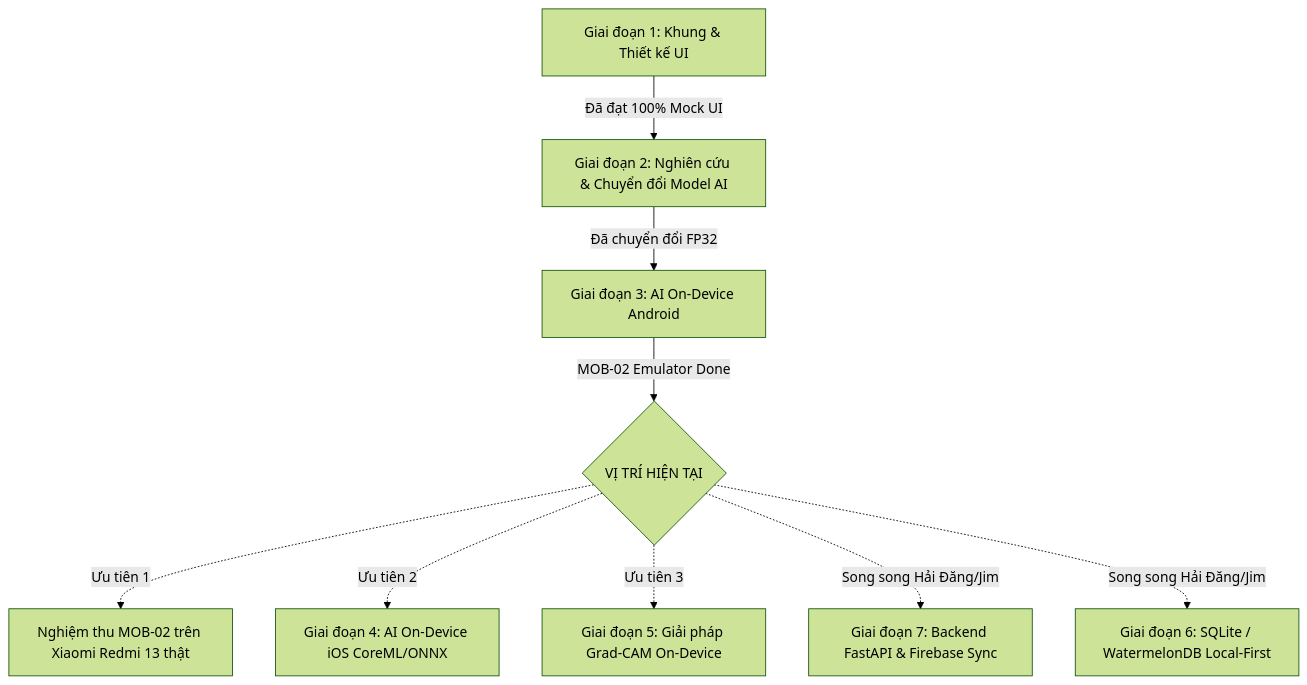
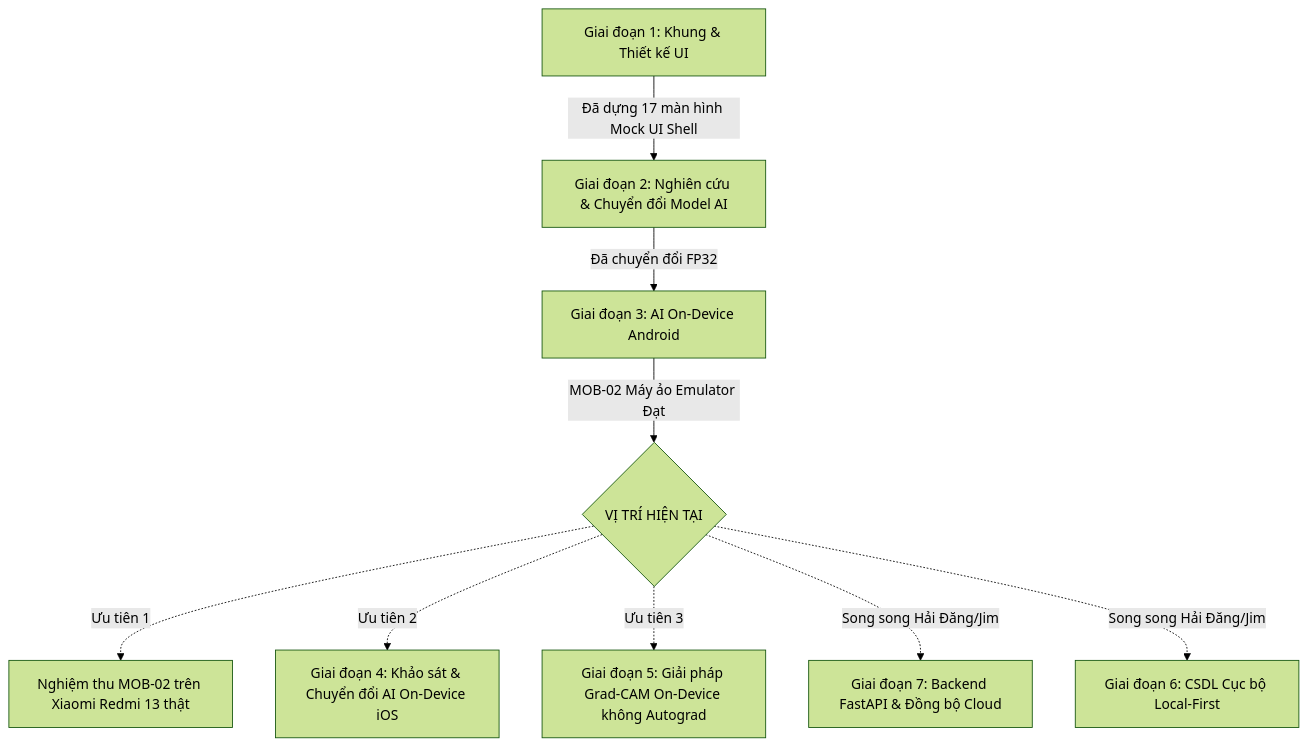
The diagram in docs/learning/ke-hoach-tong-the-lungct.md (JWHYHSTS/LungCT_App), drawn with Mermaid (forest theme) before and after one commit. The commit also changed other lines of this file and 34 other files, not shown here.

````diff
--- a/docs/learning/ke-hoach-tong-the-lungct.md
+++ b/docs/learning/ke-hoach-tong-the-lungct.md
@@ -20,11 +20,11 @@
 ```mermaid
 graph TD
-    A[Giai đoạn 1: Khung & Thiết kế UI] -->|Đã đạt 100% Mock UI| B[Giai đoạn 2: Nghiên cứu & Chuyển đổi Model AI]
+    A[Giai đoạn 1: Khung & Thiết kế UI] -->|Đã dựng 17 màn hình Mock UI Shell| B[Giai đoạn 2: Nghiên cứu & Chuyển đổi Model AI]
     B -->|Đã chuyển đổi FP32| C[Giai đoạn 3: AI On-Device Android]
-    C -->|MOB-02 Emulator Done| D{VỊ TRÍ HIỆN TẠI}
+    C -->|MOB-02 Máy ảo Emulator Đạt| D{VỊ TRÍ HIỆN TẠI}
     D -.->|Ưu tiên 1| E[Nghiệm thu MOB-02 trên Xiaomi Redmi 13 thật]
-    D -.->|Ưu tiên 2| F[Giai đoạn 4: AI On-Device iOS CoreML/ONNX]
-    D -.->|Ưu tiên 3| G[Giai đoạn 5: Giải pháp Grad-CAM On-Device]
-    D -.->|Song song Hải Đăng/Jim| H[Giai đoạn 7: Backend FastAPI & Firebase Sync]
-    D -.->|Song song Hải Đăng/Jim| I[Giai đoạn 6: SQLite / WatermelonDB Local-First]
+    D -.->|Ưu tiên 2| F[Giai đoạn 4: Khảo sát & Chuyển đổi AI On-Device iOS]
+    D -.->|Ưu tiên 3| G[Giai đoạn 5: Giải pháp Grad-CAM On-Device không Autograd]
+    D -.->|Song song Hải Đăng/Jim| H[Giai đoạn 7: Backend FastAPI & Đồng bộ Cloud]
+    D -.->|Song song Hải Đăng/Jim| I[Giai đoạn 6: CSDL Cục bộ Local-First]
 ```
````
